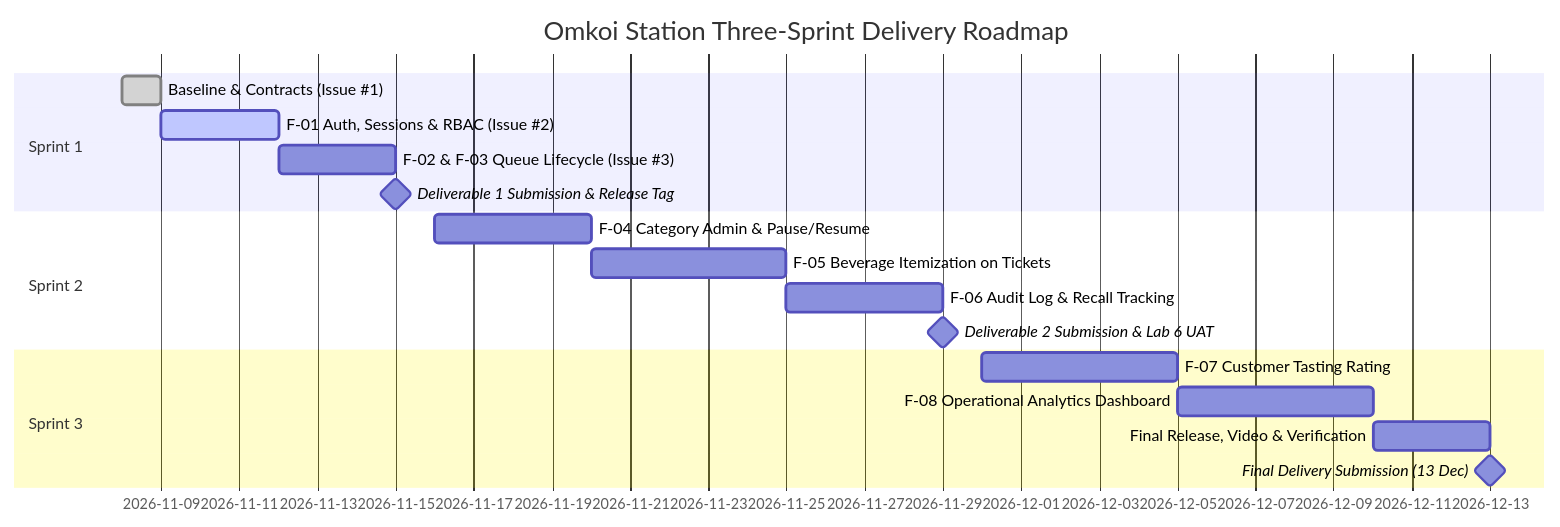
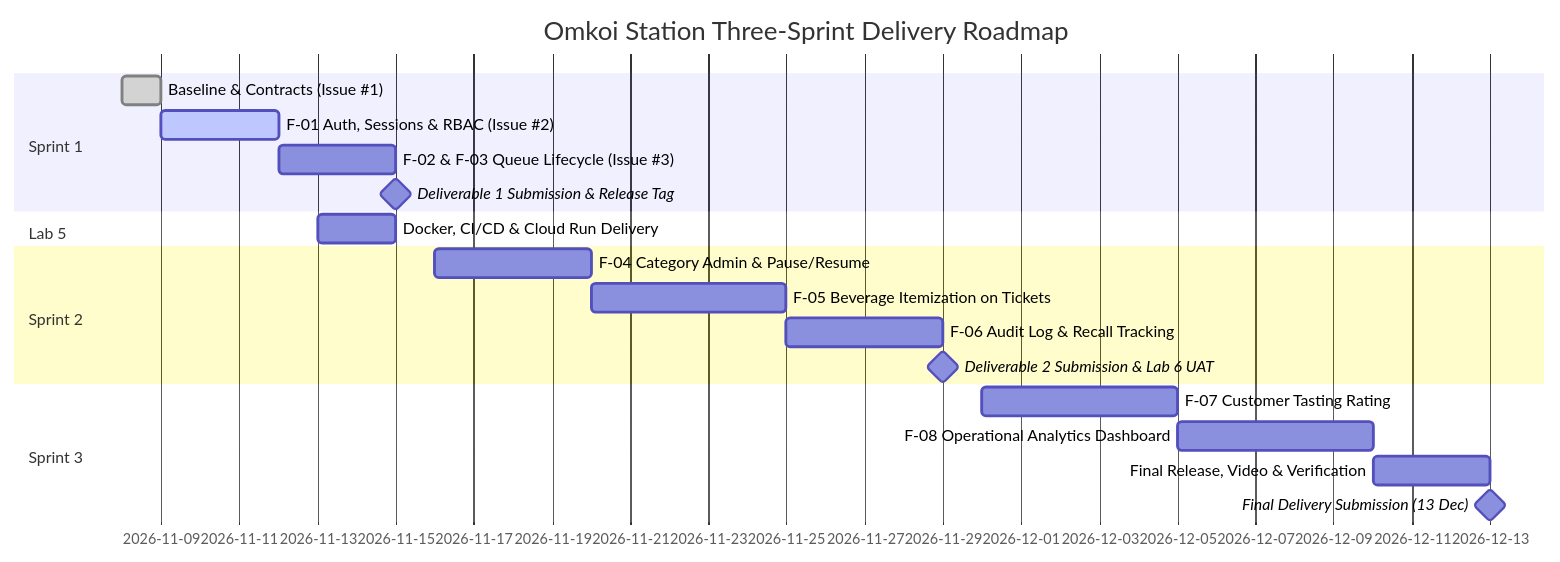
The diagram in docs/sprints/plan.md (MANGKONYOK/cafe-queue-services), drawn with Mermaid before and after one commit. The commit also changed other lines of this file and 8 other files, not shown here.

````diff
--- a/docs/sprints/plan.md
+++ b/docs/sprints/plan.md
@@ -7,20 +7,22 @@
 ```mermaid
 gantt
     title Omkoi Station Three-Sprint Delivery Roadmap
     dateFormat  YYYY-MM-DD
     section Sprint 1
     Baseline & Contracts (Issue #1)     :done, 2026-11-08, 2026-11-09
     F-01 Auth, Sessions & RBAC (Issue #2):active, 2026-11-09, 2026-11-12
     F-02 & F-03 Queue Lifecycle (Issue #3):2026-11-12, 2026-11-15
     Deliverable 1 Submission & Release Tag:milestone, 2026-11-15, 0d
+    section Lab 5
+    Docker, CI/CD & Cloud Run Delivery   :2026-11-13, 2026-11-15
     section Sprint 2
     F-04 Category Admin & Pause/Resume   :2026-11-16, 2026-11-20
     F-05 Beverage Itemization on Tickets :2026-11-20, 2026-11-25
     F-06 Audit Log & Recall Tracking     :2026-11-25, 2026-11-29
     Deliverable 2 Submission & Lab 6 UAT :milestone, 2026-11-29, 0d
     section Sprint 3
     F-07 Customer Tasting Rating         :2026-11-30, 2026-12-05
     F-08 Operational Analytics Dashboard :2026-12-05, 2026-12-10
     Final Release, Video & Verification  :2026-12-10, 2026-12-13
     Final Delivery Submission (13 Dec)   :milestone, 2026-12-13, 0d
 ```
````
